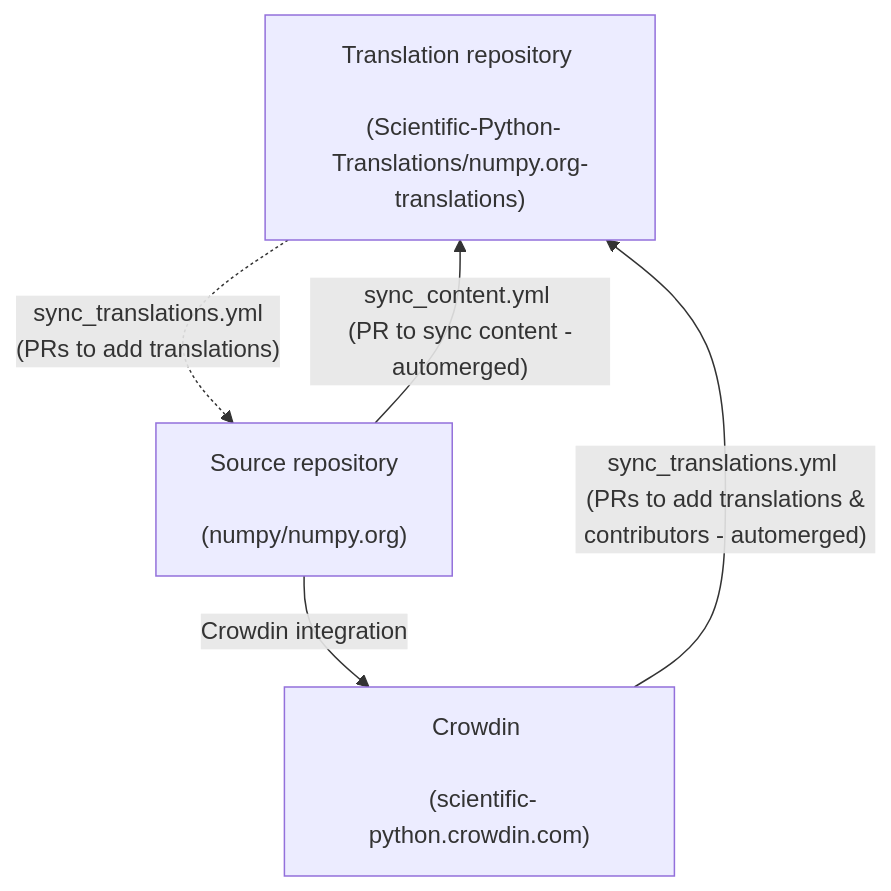
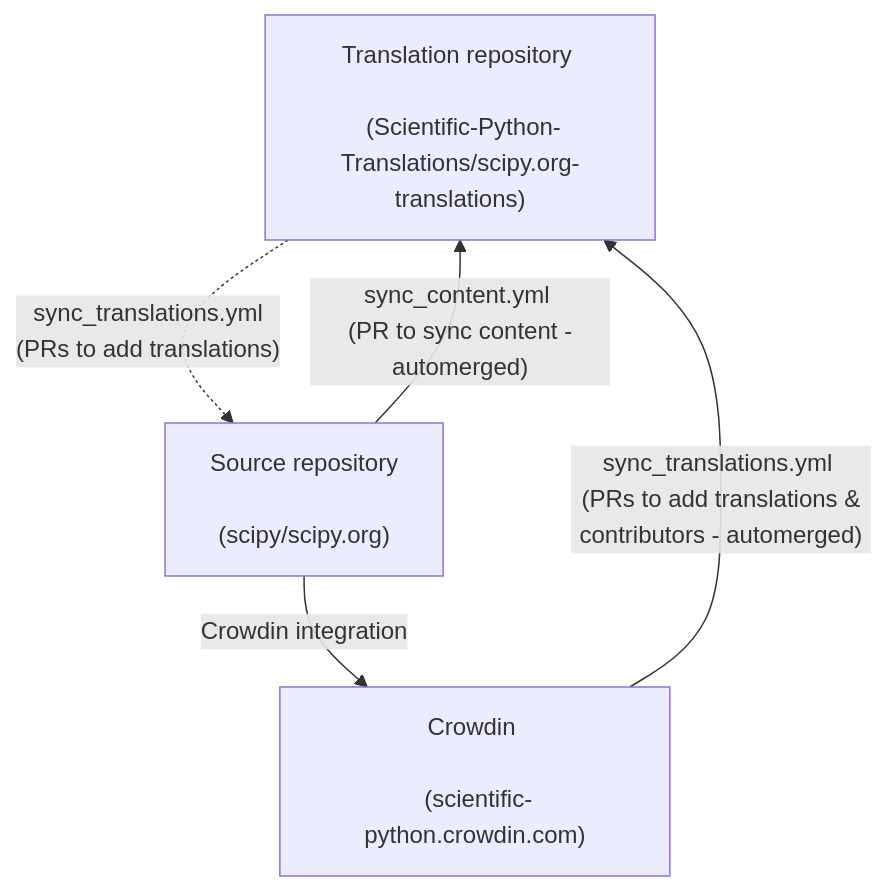
Before and after one commit to Scientific-Python-Translations/scientific-python-translations.github.io: the diagram in content/docs.md, drawn with Mermaid. The commit also changed other lines of this file, not shown here.

Commit message:
update figure example

````diff
--- a/content/docs.md
+++ b/content/docs.md
@@ -77,7 +77,7 @@
 ```mermaid
 flowchart TD
     B -.->|sync_translations.yml <br/> #40;PRs to add translations#41;| A
-    A[Source repository <br/><br/> #40;numpy/numpy.org#41;] -->|sync_content.yml <br/> #40;PR to sync content - automerged#41;| B[Translation repository <br/><br/> #40;Scientific-Python-Translations/numpy.org-translations#41;]
+    A[Source repository <br/><br/> #40;scipy/scipy.org#41;] -->|sync_content.yml <br/> #40;PR to sync content - automerged#41;| B[Translation repository <br/><br/> #40;Scientific-Python-Translations/scipy.org-translations#41;]
     C[Crowdin <br/><br/> #40;scientific-python.crowdin.com#41;] -->|sync_translations.yml <br/> #40;PRs to add translations & contributors - automerged#41;| B
     A -->|Crowdin integration| C
 ```
````
